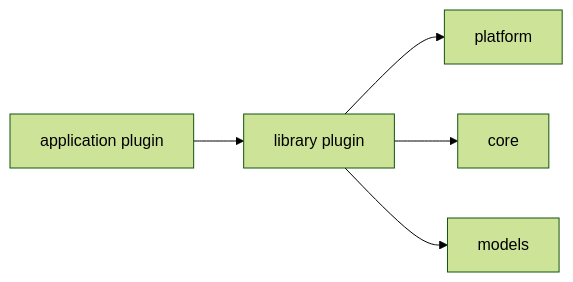
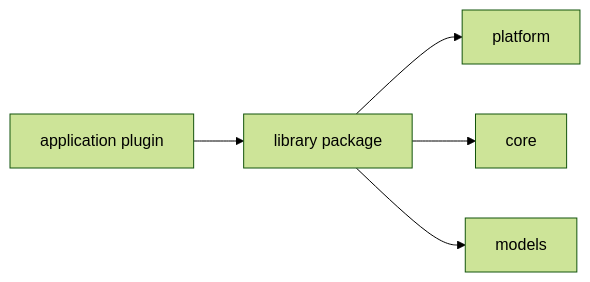
The diagram in src/plugins/library/README.md (ClassRobot/ClassRobot), drawn with Mermaid (forest theme) before and after one commit. The commit also changed other lines of this file and 74 other files, not shown here.

Commit message:
Refine plugin loading and bot access architecture

````diff
--- a/src/plugins/library/README.md
+++ b/src/plugins/library/README.md
@@ -5,7 +7,7 @@
 ```mermaid
 flowchart LR
-    App["application plugin"] --> Lib["library plugin"]
+    App["application plugin"] --> Lib["library package"]
     Lib --> Platform["platform"]
     Lib --> Core["core"]
     Lib --> Models["models"]
 ```
````
